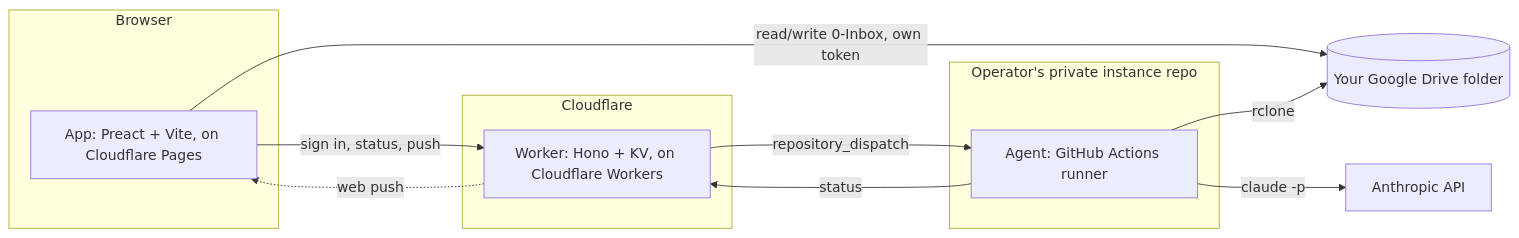
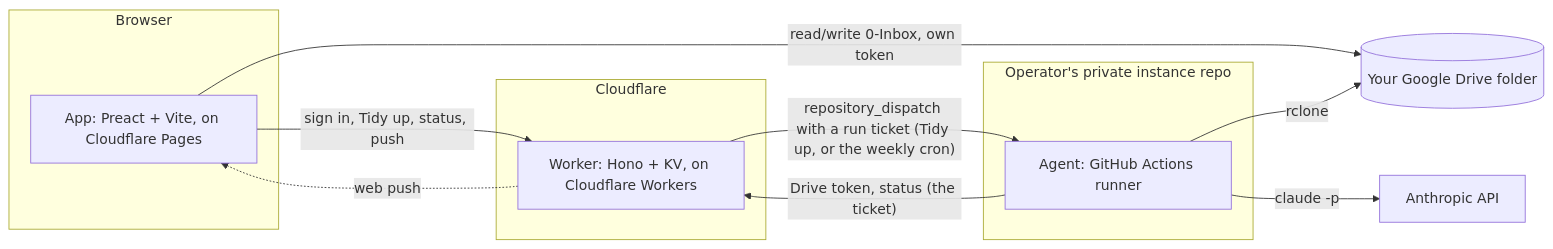
Before and after one commit to deluispablo/bower: the first of 2 diagrams in README.md, drawn with Mermaid. The commit also changed other lines of this file and 14 other files, not shown here.

````diff
--- a/README.md
+++ b/README.md
@@ -117,22 +127,22 @@
 ```mermaid
 flowchart LR
     subgraph Browser
         App["App: Preact + Vite, on Cloudflare Pages"]
     end
     subgraph Cloudflare
         Worker["Worker: Hono + KV, on Cloudflare Workers"]
     end
     subgraph "Operator's private instance repo"
         Runner["Agent: GitHub Actions runner"]
     end
     Drive[("Your Google Drive folder")]
     Anthropic["Anthropic API"]
 
-    App -- "sign in, status, push" --> Worker
+    App -- "sign in, Tidy up, status, push" --> Worker
     App -- "read/write 0-Inbox, own token" --> Drive
-    Worker -- "repository_dispatch" --> Runner
+    Worker -- "repository_dispatch with a run ticket (Tidy up, or the weekly cron)" --> Runner
     Runner -- "rclone" --> Drive
     Runner -- "claude -p" --> Anthropic
-    Runner -- "status" --> Worker
+    Runner -- "Drive token, status (the ticket)" --> Worker
     Worker -. "web push" .-> App
 ```
````
